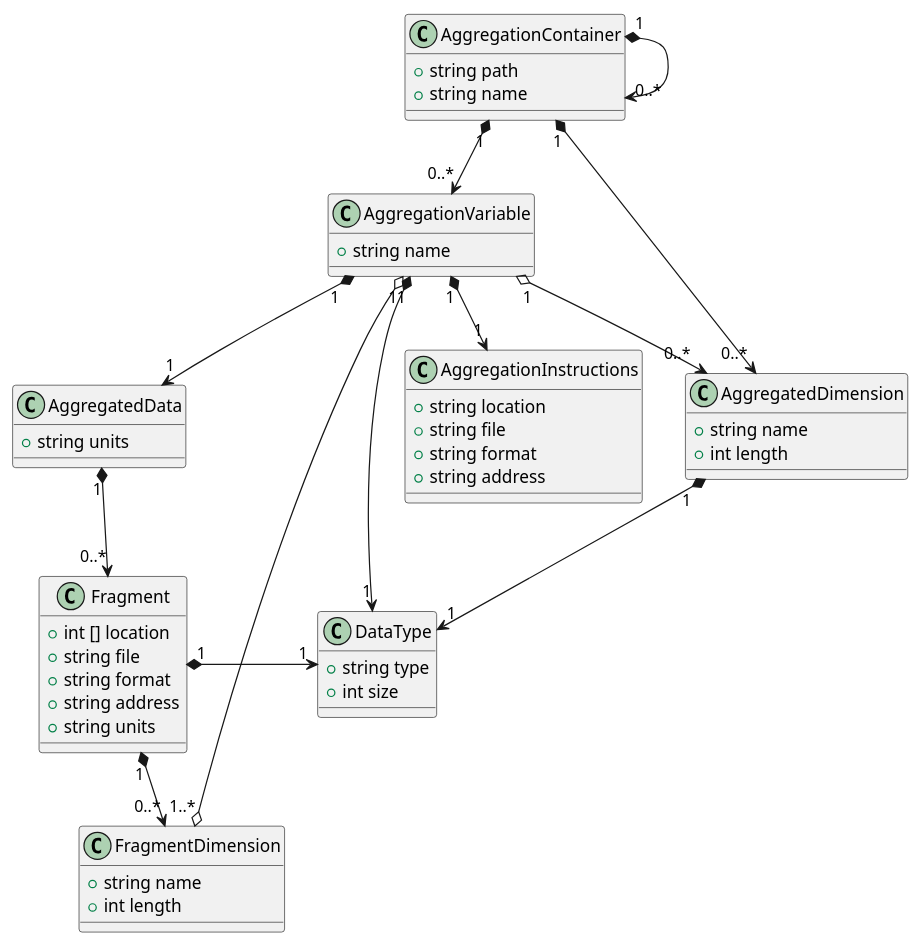
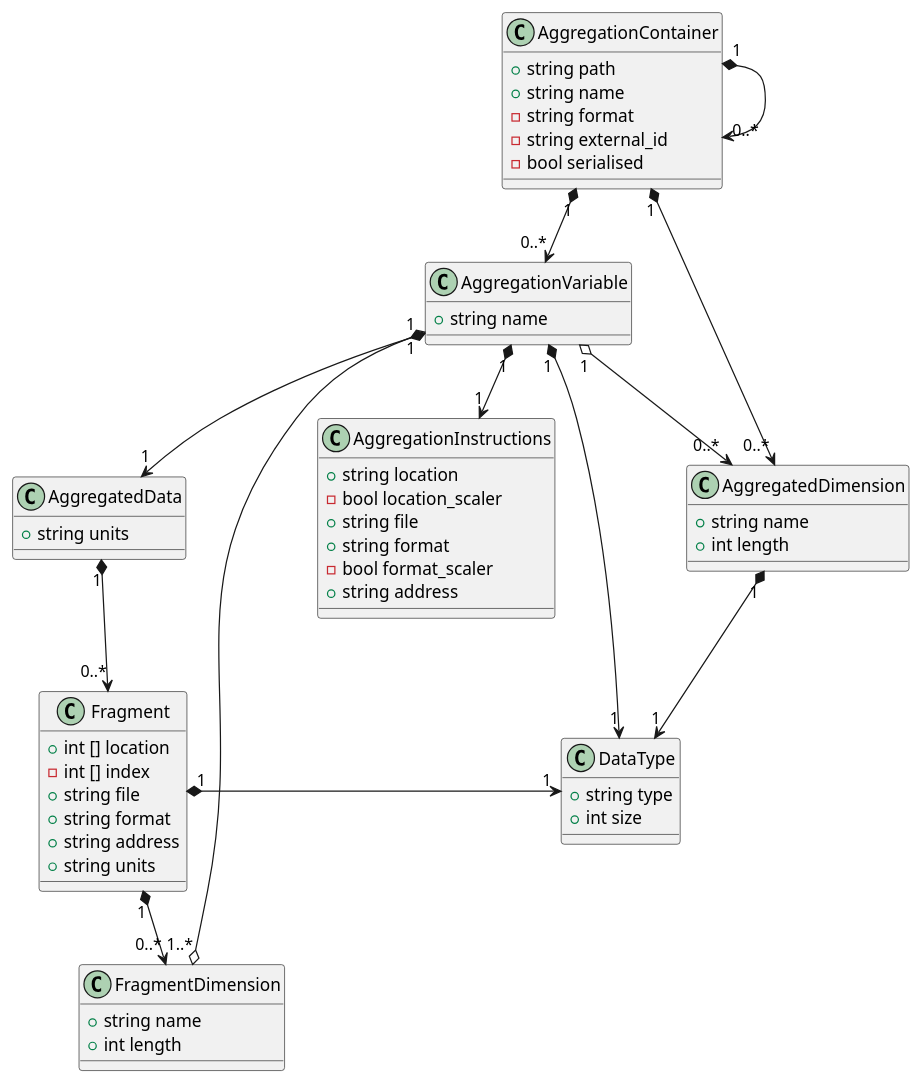
Before and after one commit to cedadev/CFA-C: the diagram in doc/uml/cfa_class_diagram.puml, drawn with PlantUML. The commit also changed 9 other files, not shown here.

```diff
--- a/doc/uml/cfa_class_diagram.puml
+++ b/doc/uml/cfa_class_diagram.puml
@@ -1,58 +1,64 @@
-@startuml
+@startuml CFA-C
 
 class DataType {
     +string type
     +int size
 }
 
+class FragmentDimension {
+    +string name
+    +int length
+}
+
 class Fragment {
     +int [] location
+    -int [] index
     +string file
     +string format
     +string address
     +string units
 }
 
+class AggregationInstructions {
+    +string location
+    -bool location_scaler
+    +string file
+    +string format
+    -bool format_scaler
+    +string address
+}
+
 class AggregatedData {
     +string units
 }
 
-class AggregationInstructions {
-    +string location
-    +string file
-    +string format
-    +string address
-}
-
 class AggregatedDimension {
-    +string name
-    +int length
-}
-
-class FragmentDimension {
     +string name
     +int length
 }
 
 class AggregationVariable {
     +string name
 }
 
 class AggregationContainer {
     +string path
     +string name
+    -string format
+    -string external_id
+    -bool serialised
 }
 
 AggregationVariable "1" o--> "0..*" AggregatedDimension
 AggregationVariable "1" *--> "1" AggregatedData
 AggregatedData "1" *--> "0..*" Fragment
 Fragment "1" *--> "0..*" FragmentDimension
 AggregationVariable "1" o--o "1..*" FragmentDimension
 AggregatedDimension "1" *-> "1" DataType
 AggregationVariable "1" *--> "1" AggregationInstructions
 AggregationVariable "1" *-> "1" DataType
 Fragment "1" *-> "1" DataType
 AggregationContainer "1" *--> "0..*" AggregationVariable
 AggregationContainer "1" *--> "0..*" AggregatedDimension
 AggregationContainer "1" *--> "0..*" AggregationContainer
 @enduml
```
